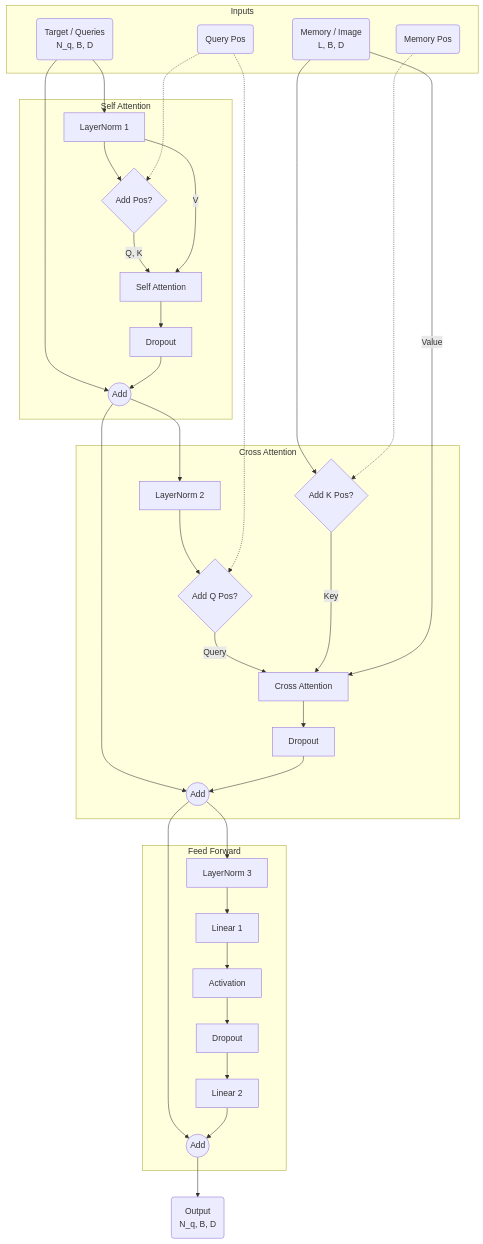
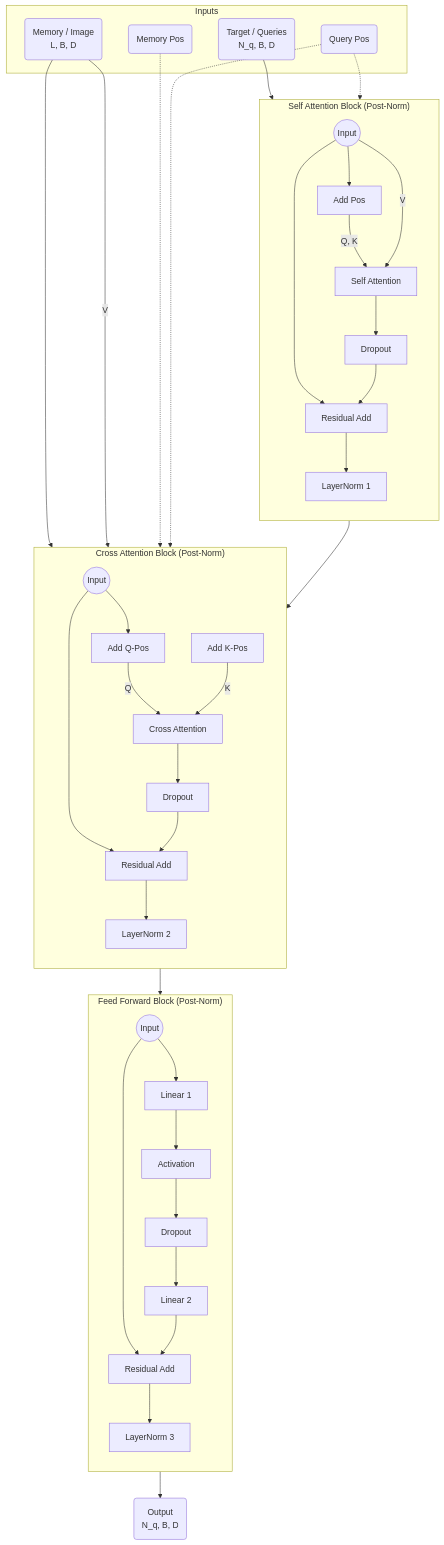
Before and after one commit to algorithmlover2016/sam3: the second of 2 diagrams in docs/sam3/model/TransformerDecoderLayerv1.md, drawn with Mermaid. The commit also changed other lines of this file and 4 other files, not shown here.

````diff
--- a/docs/sam3/model/TransformerDecoderLayerv1.md
+++ b/docs/sam3/model/TransformerDecoderLayerv1.md
@@ -116,67 +226,76 @@
 ```mermaid
 graph TD
     subgraph Inputs
         Tgt(Target / Queries<br/>N_q, B, D)
         Mem(Memory / Image<br/>L, B, D)
         QPos(Query Pos)
         MPos(Memory Pos)
     end
 
-    subgraph SelfAttentionBlock [Self Attention]
-        LN1[LayerNorm 1]
-        AddPosSA{Add Pos?}
+    %% Self Attention Block (Post-Norm)
+    subgraph SelfAttentionBlock ["Self Attention Block (Post-Norm)"]
+        direction TB
+        input_sa((Input))
+        AddPosSA[Add Pos]
         SA[Self Attention]
         Drop1[Dropout]
-        Res1((Add))
+        Res1[Residual Add]
+        LN1[LayerNorm 1]
+        
+        input_sa --> Res1
+        input_sa --> AddPosSA
+        
+        AddPosSA -- Q, K --> SA
+        input_sa -- V --> SA
+        
+        SA --> Drop1 --> Res1
+        Res1 --> LN1
     end
 
-    subgraph CrossAttentionBlock [Cross Attention]
-        LN2[LayerNorm 2]
-        AddPosCA_Q{Add Q Pos?}
-        AddPosCA_K{Add K Pos?}
+    %% Cross Attention Block (Post-Norm)
+    subgraph CrossAttentionBlock ["Cross Attention Block (Post-Norm)"]
+        direction TB
+        input_ca((Input))
+        AddPosCA_Q[Add Q-Pos]
+        AddPosCA_K[Add K-Pos]
         CA[Cross Attention]
         Drop2[Dropout]
-        Res2((Add))
+        Res2[Residual Add]
+        LN2[LayerNorm 2]
+        
+        input_ca --> Res2
+        input_ca --> AddPosCA_Q -- Q --> CA
+        
+        Mem --> AddPosCA_K -- K --> CA
+        Mem -- V --> CA
+        MPos -.-> AddPosCA_K
+        QPos -.-> AddPosCA_Q
+        
+        CA --> Drop2 --> Res2
+        Res2 --> LN2
     end
 
-    subgraph FFNBlock [Feed Forward]
-        LN3[LayerNorm 3]
+    %% FFN Block (Post-Norm)
+    subgraph FFNBlock ["Feed Forward Block (Post-Norm)"]
+        direction TB
+        input_ffn((Input))
         Lin1[Linear 1]
         Act[Activation]
         Lin2[Linear 2]
         Drop3[Dropout]
-        Res3((Add))
+        Res3[Residual Add]
+        LN3[LayerNorm 3]
+        
+        input_ffn --> Res3
+        input_ffn --> Lin1 --> Act --> Drop3 --> Lin2 --> Res3
+        Res3 --> LN3
     end
 
-    %% Flow
-    Tgt --> Res1
-    Tgt --> LN1 --> AddPosSA
+    %% Connections
+    Tgt --> input_sa
     QPos -.-> AddPosSA
 
-    AddPosSA -- Q, K --> SA
-    LN1 -- V --> SA
-    
-    SA --> Drop1 --> Res1
-
-    %% Cross Attn
-    Res1 --> Res2
-    Res1 --> LN2
-    
-    LN2 --> AddPosCA_Q
-    QPos -.-> AddPosCA_Q
-    
-    Mem --> AddPosCA_K
-    MPos -.-> AddPosCA_K
-    
-    AddPosCA_Q -- Query --> CA
-    AddPosCA_K -- Key --> CA
-    Mem -- Value --> CA
-    
-    CA --> Drop2 --> Res2
-
-    %% FFN
-    Res2 --> Res3
-    Res2 --> LN3 --> Lin1 --> Act --> Drop3 --> Lin2 --> Res3
-    
-    Res3 --> Output(Output<br/>N_q, B, D)
+    LN1 --> input_ca
+    LN2 --> input_ffn
+    LN3 --> Output(Output<br/>N_q, B, D)
 ```
````
